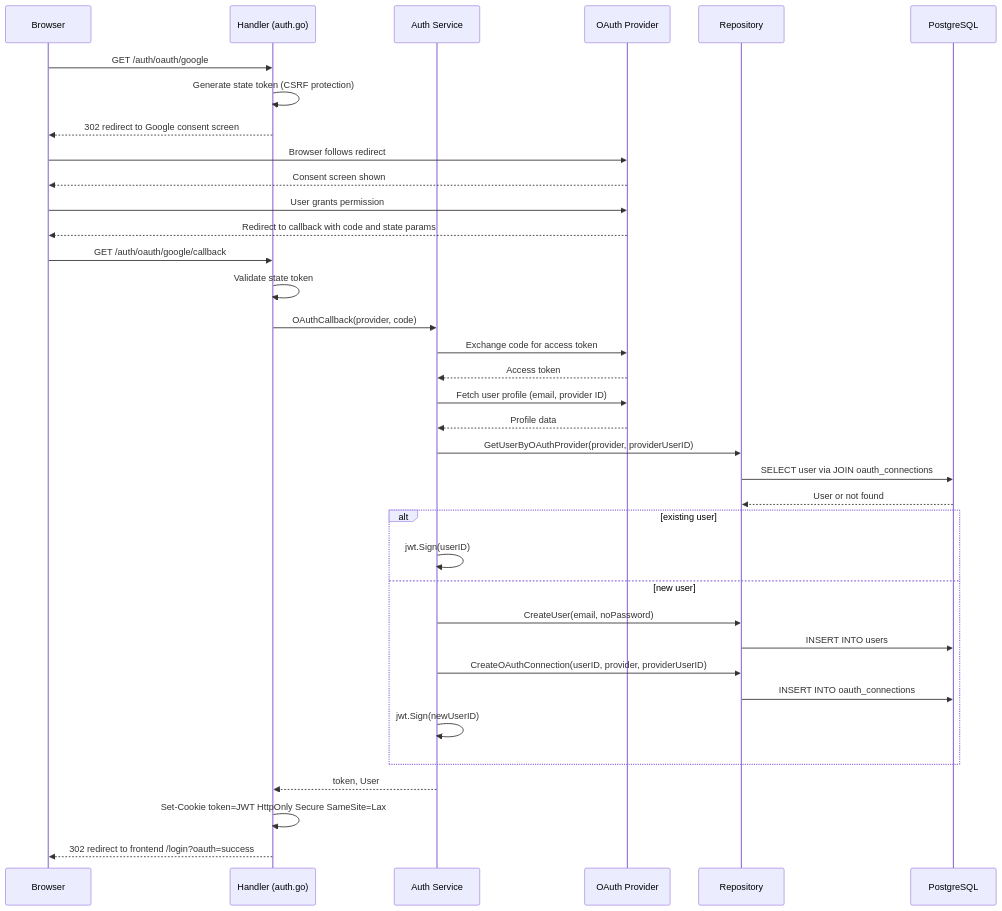
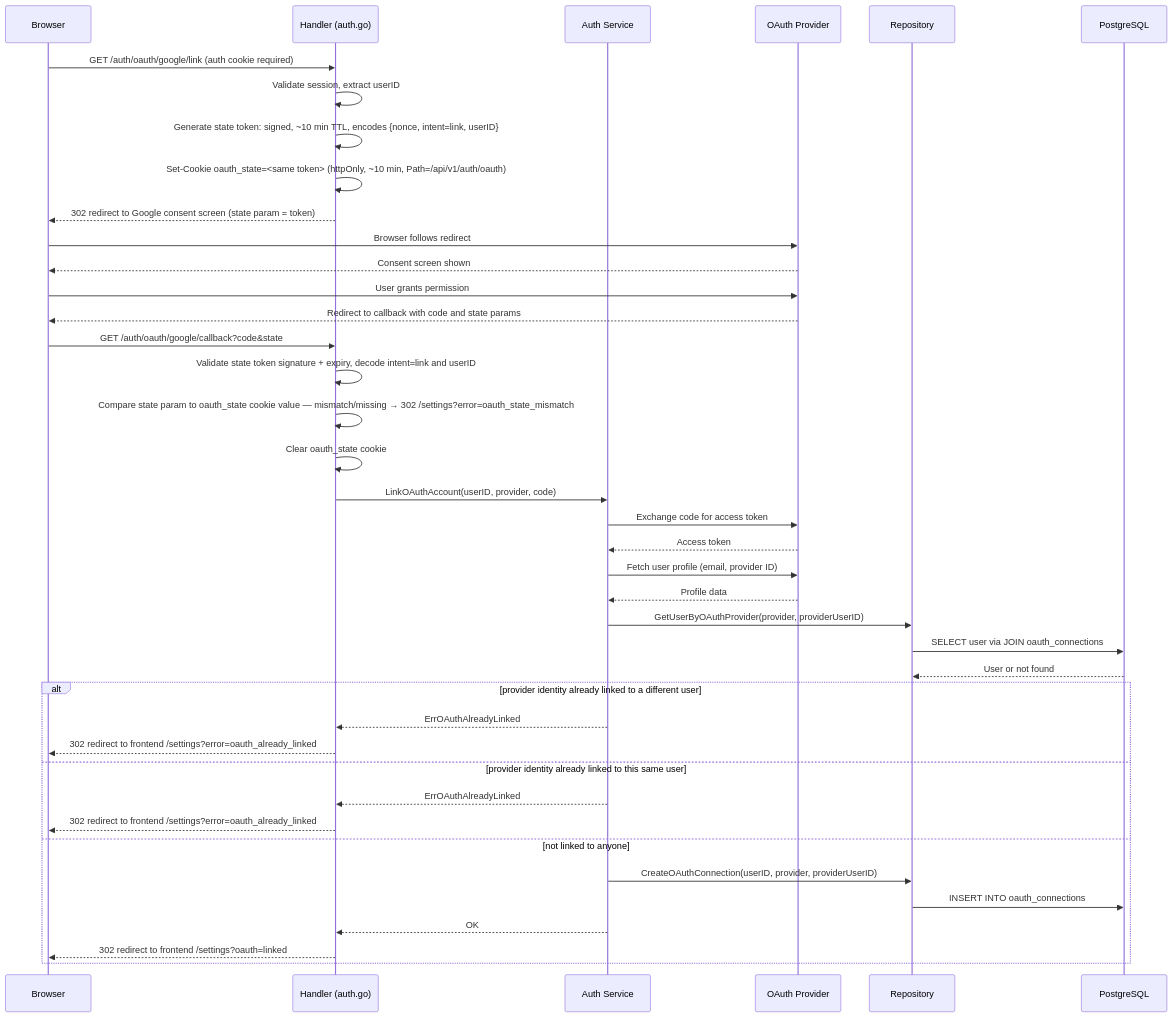
Before and after one commit to ppinedo0714/a-couple-of-coins: the sixth of 13 diagrams in backend/docs/flows.md, drawn with Mermaid. The commit also changed other lines of this file and 3 other files, not shown here.

````diff
--- a/backend/docs/flows.md
+++ b/backend/docs/flows.md
@@ -71,44 +244,47 @@
 ```mermaid
 sequenceDiagram
     participant C as Browser
     participant H as Handler (auth.go)
     participant S as Auth Service
     participant O as OAuth Provider
     participant R as Repository
     participant DB as PostgreSQL
 
-    C->>H: GET /auth/oauth/google
-    H->>H: Generate state token (CSRF protection)
-    H-->>C: 302 redirect to Google consent screen
+    C->>H: GET /auth/oauth/google/link (auth cookie required)
+    H->>H: Validate session, extract userID
+    H->>H: Generate state token: signed, ~10 min TTL, encodes {nonce, intent=link, userID}
+    H->>H: Set-Cookie oauth_state=<same token> (httpOnly, ~10 min, Path=/api/v1/auth/oauth)
+    H-->>C: 302 redirect to Google consent screen (state param = token)
 
     C->>O: Browser follows redirect
     O-->>C: Consent screen shown
     C->>O: User grants permission
     O-->>C: Redirect to callback with code and state params
 
-    C->>H: GET /auth/oauth/google/callback
-    H->>H: Validate state token
-    H->>S: OAuthCallback(provider, code)
+    C->>H: GET /auth/oauth/google/callback?code&state
+    H->>H: Validate state token signature + expiry, decode intent=link and userID
+    H->>H: Compare state param to oauth_state cookie value — mismatch/missing → 302 /settings?error=oauth_state_mismatch
+    H->>H: Clear oauth_state cookie
+    H->>S: LinkOAuthAccount(userID, provider, code)
     S->>O: Exchange code for access token
     O-->>S: Access token
     S->>O: Fetch user profile (email, provider ID)
     O-->>S: Profile data
 
     S->>R: GetUserByOAuthProvider(provider, providerUserID)
     R->>DB: SELECT user via JOIN oauth_connections
     DB-->>R: User or not found
 
-    alt existing user
-        S->>S: jwt.Sign(userID)
-    else new user
-        S->>R: CreateUser(email, noPassword)
-        R->>DB: INSERT INTO users
+    alt provider identity already linked to a different user
+        S-->>H: ErrOAuthAlreadyLinked
+        H-->>C: 302 redirect to frontend /settings?error=oauth_already_linked
+    else provider identity already linked to this same user
+        S-->>H: ErrOAuthAlreadyLinked
+        H-->>C: 302 redirect to frontend /settings?error=oauth_already_linked
+    else not linked to anyone
         S->>R: CreateOAuthConnection(userID, provider, providerUserID)
         R->>DB: INSERT INTO oauth_connections
-        S->>S: jwt.Sign(newUserID)
+        S-->>H: OK
+        H-->>C: 302 redirect to frontend /settings?oauth=linked
     end
-
-    S-->>H: token, User
-    H->>H: Set-Cookie token=JWT HttpOnly Secure SameSite=Lax
-    H-->>C: 302 redirect to frontend /login?oauth=success
 ```
````
